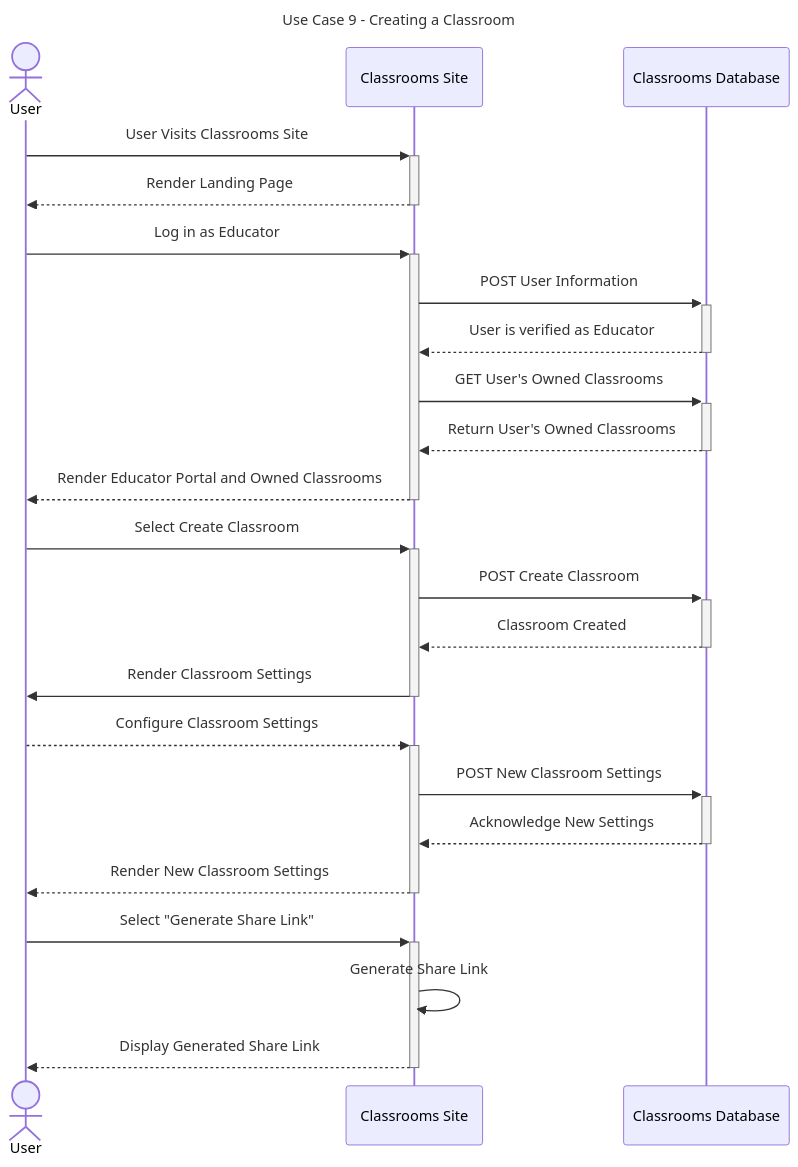
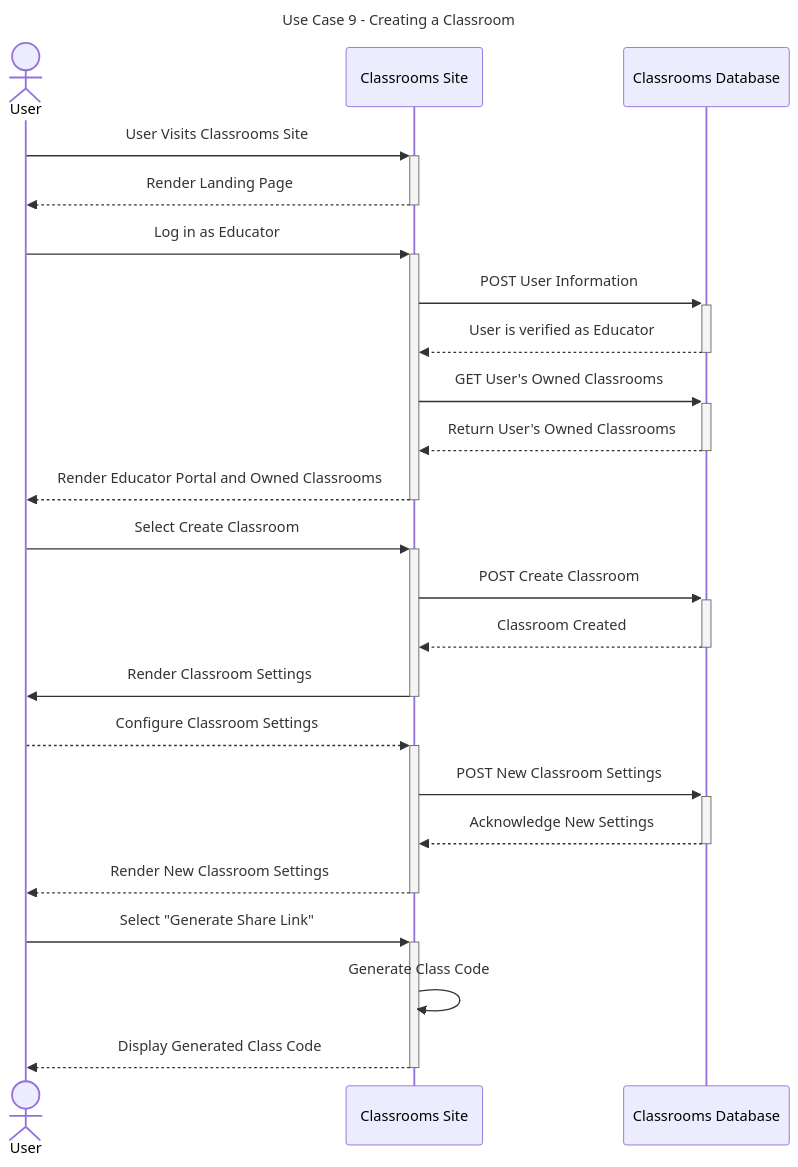
One commit to Capstone-Projects-2024-Spring/project-blastpad changed the ninth of 11 diagrams in documentation/docs/requirements/use-case-descriptions.md. Above: the diagram before and after it, drawn with Mermaid. The commit also changed other lines of this file, not shown here.

````diff
--- a/documentation/docs/requirements/use-case-descriptions.md
+++ b/documentation/docs/requirements/use-case-descriptions.md
@@ -369,30 +363,30 @@
 ```mermaid
 ---
 title: "Use Case 9 - Creating a Classroom"
 ---
 
 sequenceDiagram
 actor User
 User->>+Classrooms Site: User Visits Classrooms Site
 Classrooms Site-->>-User: Render Landing Page
 User->>+Classrooms Site: Log in as Educator
 Classrooms Site->>+Classrooms Database: POST User Information
 Classrooms Database-->>-Classrooms Site: User is verified as Educator
 Classrooms Site->>+Classrooms Database: GET User's Owned Classrooms
 Classrooms Database-->>-Classrooms Site: Return User's Owned Classrooms
 Classrooms Site-->>-User: Render Educator Portal and Owned Classrooms
 
 
 User->>+Classrooms Site: Select Create Classroom
 Classrooms Site->>+Classrooms Database: POST Create Classroom
 Classrooms Database-->>-Classrooms Site: Classroom Created
 Classrooms Site->>-User: Render Classroom Settings
 User-->>+Classrooms Site: Configure Classroom Settings
 Classrooms Site->>+Classrooms Database: POST New Classroom Settings
 Classrooms Database-->>-Classrooms Site: Acknowledge New Settings
 Classrooms Site-->>-User: Render New Classroom Settings
 User->>+Classrooms Site: Select "Generate Share Link"
-Classrooms Site->>Classrooms Site: Generate Share Link
-Classrooms Site-->>-User: Display Generated Share Link
+Classrooms Site->>Classrooms Site: Generate Class Code
+Classrooms Site-->>-User: Display Generated Class Code
 
 ```
````
